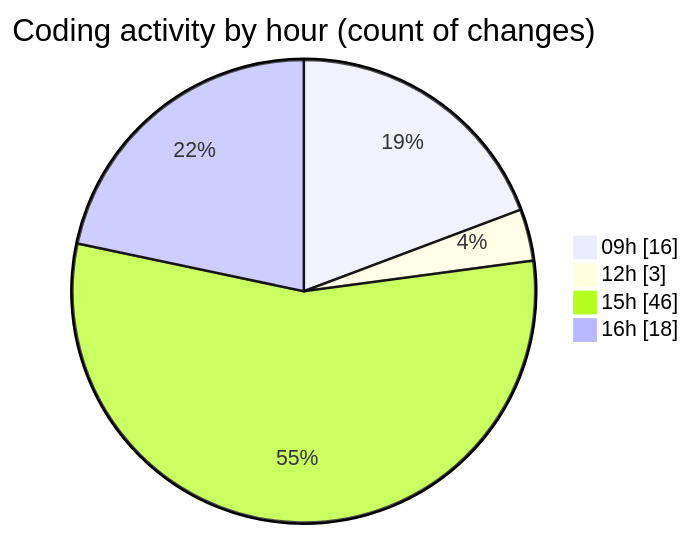
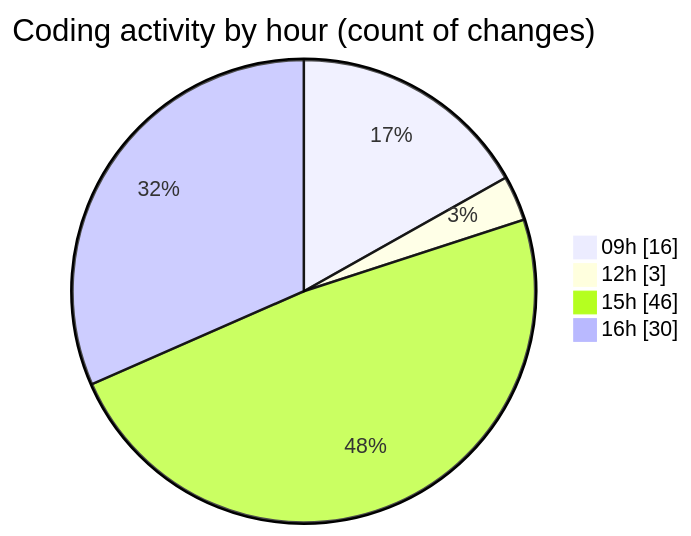
One commit to momahboobian/code-tracking changed the second of 2 diagrams in 2025-07-08/cda/README.md. Above: the diagram before and after it, drawn with Mermaid. The commit also changed other lines of this file and 1 other file, not shown here.

````diff
--- a/2025-07-08/cda/README.md
+++ b/2025-07-08/cda/README.md
@@ -54,8 +55,8 @@
 ```mermaid
 pie showData
 title Coding activity by hour (count of changes)
 "09h" : 16
 "12h" : 3
 "15h" : 46
-"16h" : 18
+"16h" : 30
 ```
````
